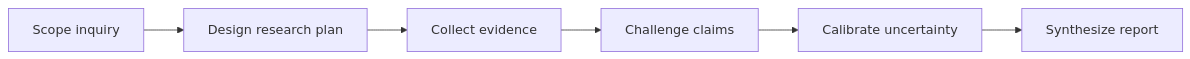
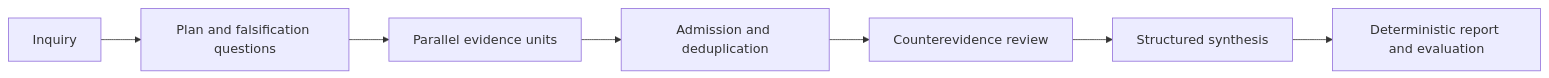
Before and after one commit to ChrBoebel/Abundance: the first of 2 diagrams in README.md, drawn with Mermaid. The commit also changed other lines of this file and 12 other files, not shown here.

Commit message:
docs(architecture): publish production operating model

````diff
--- a/README.md
+++ b/README.md
@@ -38,8 +40,9 @@
 ```mermaid
 flowchart LR
-    Inquiry["Scope inquiry"] --> Plan["Design research plan"]
-    Plan --> Evidence["Collect evidence"]
-    Evidence --> Review["Challenge claims"]
-    Review --> Confidence["Calibrate uncertainty"]
-    Confidence --> Report["Synthesize report"]
+    Q["Inquiry"] --> P["Plan and falsification questions"]
+    P --> F["Parallel evidence units"]
+    F --> A["Admission and deduplication"]
+    A --> R["Counterevidence review"]
+    R --> S["Structured synthesis"]
+    S --> E["Deterministic report and evaluation"]
 ```
````
